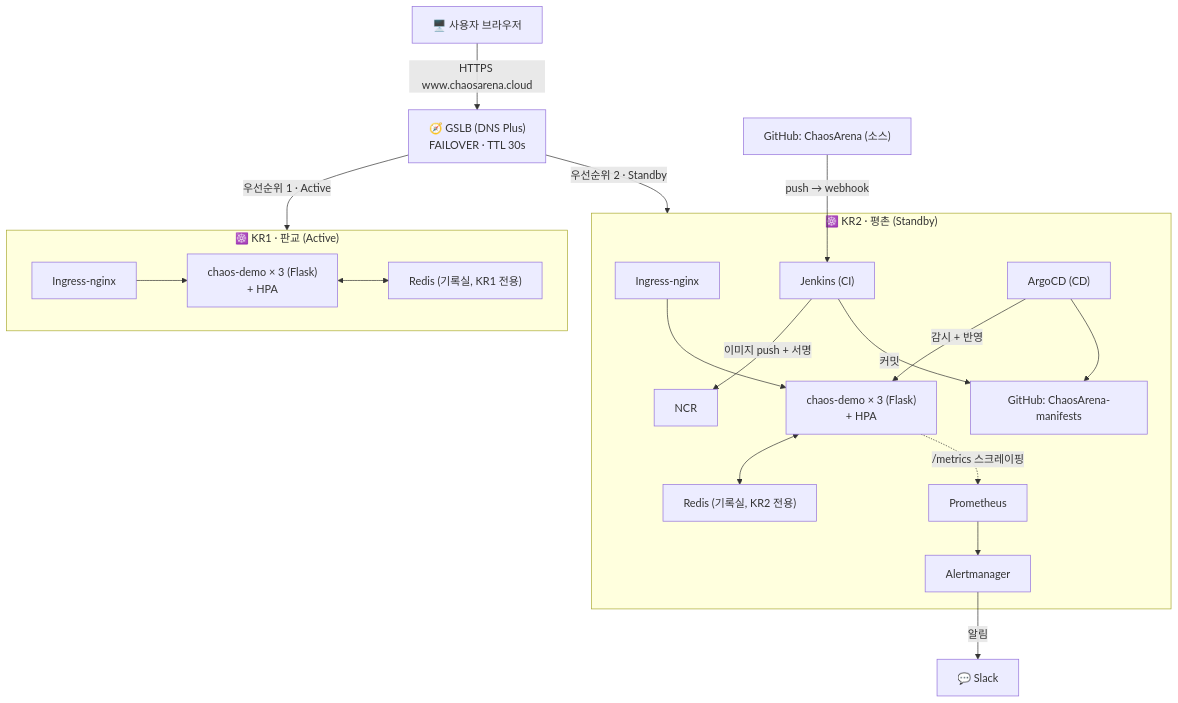
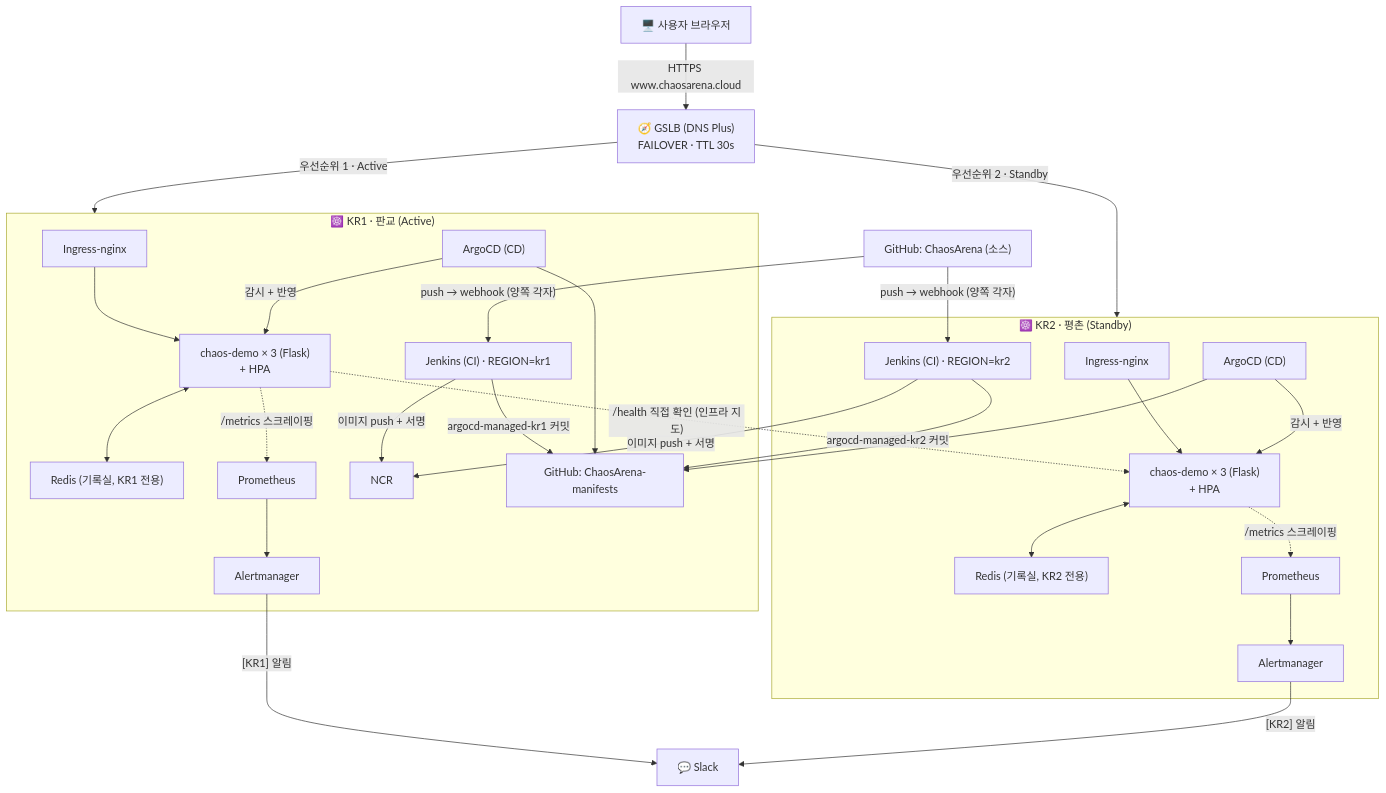
The diagram in docs/ARCHITECTURE.md (wonju90/ChaosArena), drawn with Mermaid before and after one commit. The commit also changed other lines of this file and 5 other files, not shown here.

````diff
--- a/docs/ARCHITECTURE.md
+++ b/docs/ARCHITECTURE.md
@@ -17,25 +17,34 @@
 ```mermaid
 flowchart TB
     User["🖥️ 사용자 브라우저"] -->|"HTTPS www.chaosarena.cloud"| GSLB["🧭 GSLB (DNS Plus)<br/>FAILOVER · TTL 30s"]
     GSLB -->|"우선순위 1 · Active"| KR1
     GSLB -->|"우선순위 2 · Standby"| KR2
 
     subgraph KR1 ["☸️ KR1 · 판교 (Active)"]
         Ingress1["Ingress-nginx"] --> Pods1["chaos-demo × 3 (Flask)<br/>+ HPA"]
         Pods1 <--> Redis1["Redis (기록실, KR1 전용)"]
+        Pods1 -.->|"/metrics 스크레이핑"| Prom1["Prometheus"]
+        Prom1 --> Alertmgr1["Alertmanager"]
+        Jenkins1["Jenkins (CI) · REGION=kr1"] -->|"이미지 push + 서명"| NCR
+        Jenkins1 -->|"argocd-managed-kr1 커밋"| ManifestsRepo
+        ArgoCD1["ArgoCD (CD)"] -->|"감시 + 반영"| Pods1
+        ArgoCD1 --> ManifestsRepo
     end
 
     subgraph KR2 ["☸️ KR2 · 평촌 (Standby)"]
         Ingress2["Ingress-nginx"] --> Pods2["chaos-demo × 3 (Flask)<br/>+ HPA"]
         Pods2 <--> Redis2["Redis (기록실, KR2 전용)"]
-        Pods2 -.->|"/metrics 스크레이핑"| Prom["Prometheus"]
-        Prom --> Alertmgr["Alertmanager"]
-        Jenkins["Jenkins (CI)"] -->|"이미지 push + 서명"| NCR["NCR"]
-        Jenkins -->|"커밋"| ManifestsRepo["GitHub: ChaosArena-manifests"]
-        ArgoCD["ArgoCD (CD)"] -->|"감시 + 반영"| Pods2
-        ArgoCD --> ManifestsRepo
+        Pods2 -.->|"/metrics 스크레이핑"| Prom2["Prometheus"]
+        Prom2 --> Alertmgr2["Alertmanager"]
+        Jenkins2["Jenkins (CI) · REGION=kr2"] -->|"이미지 push + 서명"| NCR["NCR"]
+        Jenkins2 -->|"argocd-managed-kr2 커밋"| ManifestsRepo["GitHub: ChaosArena-manifests"]
+        ArgoCD2["ArgoCD (CD)"] -->|"감시 + 반영"| Pods2
+        ArgoCD2 --> ManifestsRepo
     end
 
-    SourceRepo["GitHub: ChaosArena (소스)"] -->|"push → webhook"| Jenkins
-    Alertmgr -->|"알림"| Slack["💬 Slack"]
+    Pods1 -.->|"/health 직접 확인 (인프라 지도)"| Pods2
+    SourceRepo["GitHub: ChaosArena (소스)"] -->|"push → webhook (양쪽 각자)"| Jenkins1
+    SourceRepo -->|"push → webhook (양쪽 각자)"| Jenkins2
+    Alertmgr1 -->|"[KR1] 알림"| Slack["💬 Slack"]
+    Alertmgr2 -->|"[KR2] 알림"| Slack
 ```
````
